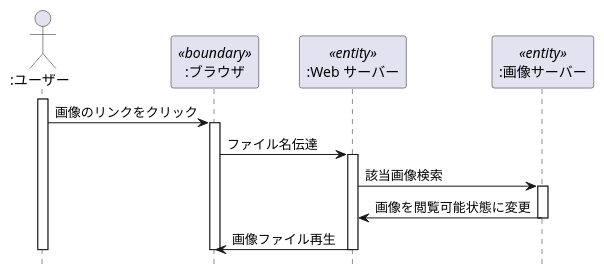
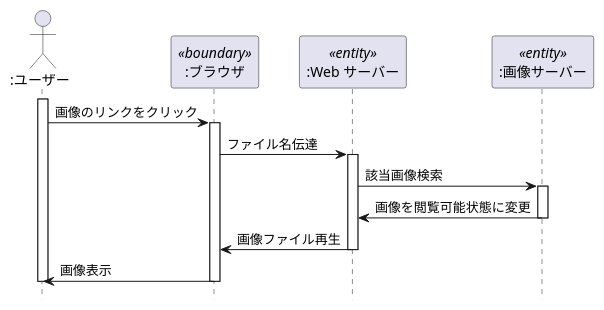
Before and after one commit to itouayumu/uml-introduction-: the diagram in 演習4-6_SD_Web画像検索.pu.pu, drawn with PlantUML. The commit also changed 1 other file, not shown here.

```diff
--- a/演習4-6_SD_Web画像検索.pu.pu
+++ b/演習4-6_SD_Web画像検索.pu.pu
@@ -1,20 +1,21 @@
 @startuml
 hide footbox
 Actor ":ユーザー" as a1
 participant ":ブラウザ" as a2 <<boundary>>
 participant ":Web サーバー" as a3 <<entity>>
 participant ":画像サーバー" as a4 <<entity>>
 activate a1
 a1->a2:画像のリンクをクリック
 activate a2
 a2->a3:ファイル名伝達
 activate a3
 a3->a4:該当画像検索
 activate a4
 a4->a3:画像を閲覧可能状態に変更
 deactivate a4
 a3->a2:画像ファイル再生
 deactivate a3
+a2->a1:画像表示
 deactivate a2
 deactivate a1
 @enduml
```
